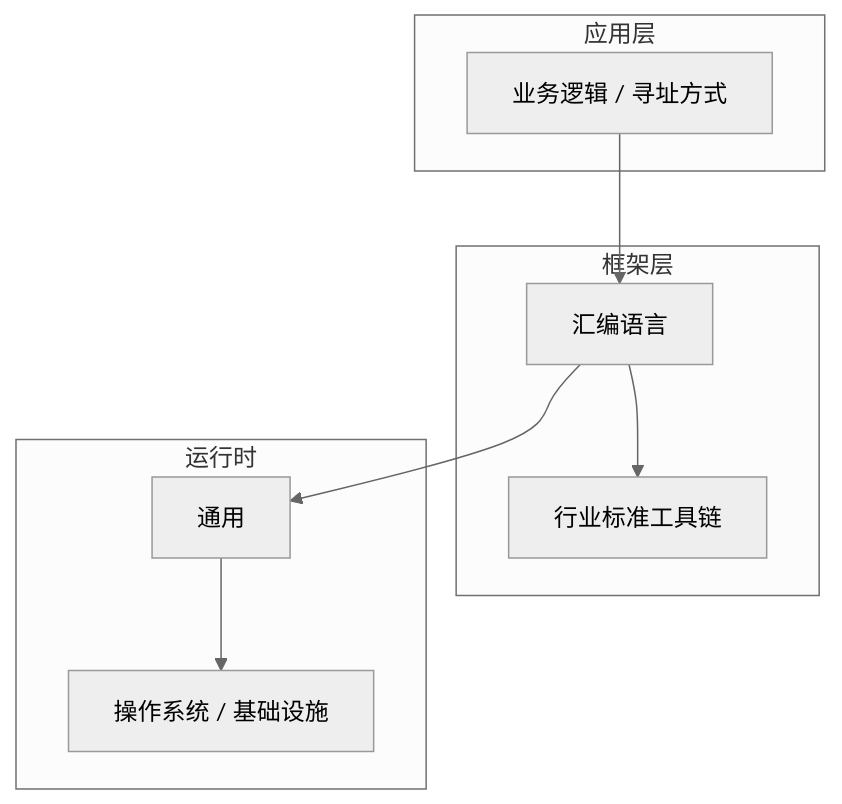
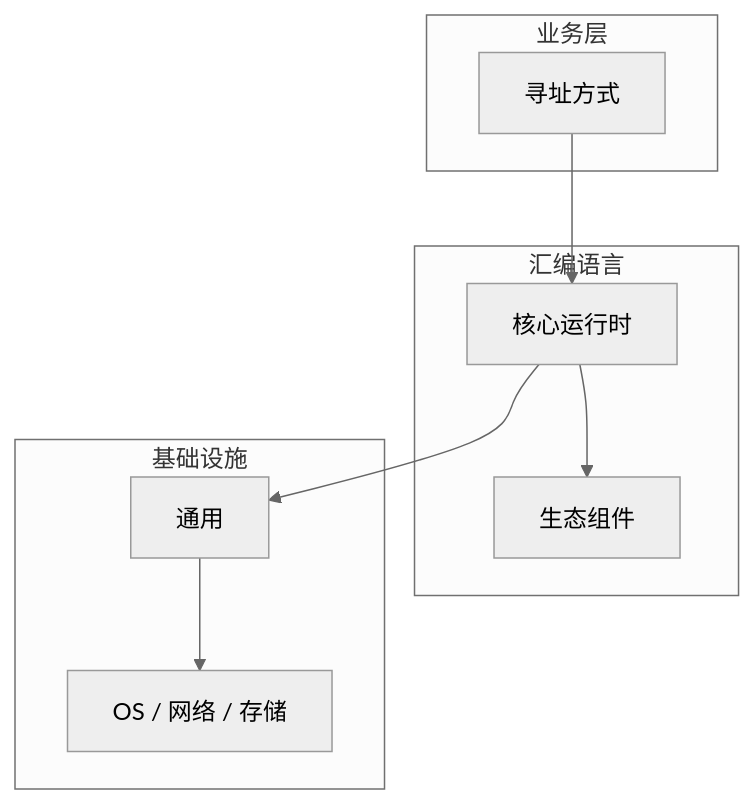
Before and after one commit to yanggan2015/knowledge-json-v2: the diagram in articles/汇编语言/chapters/033-寻址方式核心概念与原理.md, drawn with Mermaid (neutral theme). The commit also changed other lines of this file and 10127 other files, not shown here.

````diff
--- a/articles/汇编语言/chapters/033-寻址方式核心概念与原理.md
+++ b/articles/汇编语言/chapters/033-寻址方式核心概念与原理.md
@@ -45,18 +34,18 @@
 ```mermaid
 graph TB
-    subgraph 应用层
-        A[业务逻辑 / 寻址方式]
+    subgraph 业务层
+        A[寻址方式]
     end
-    subgraph 框架层
-        B[汇编语言]
-        C[行业标准工具链]
+    subgraph 汇编语言
+        B[核心运行时]
+        C[生态组件]
     end
-    subgraph 运行时
+    subgraph 基础设施
         D[通用]
-        E[操作系统 / 基础设施]
+        E[OS / 网络 / 存储]
     end
     A --> B
     B --> C
     B --> D
     D --> E
 ```
````
